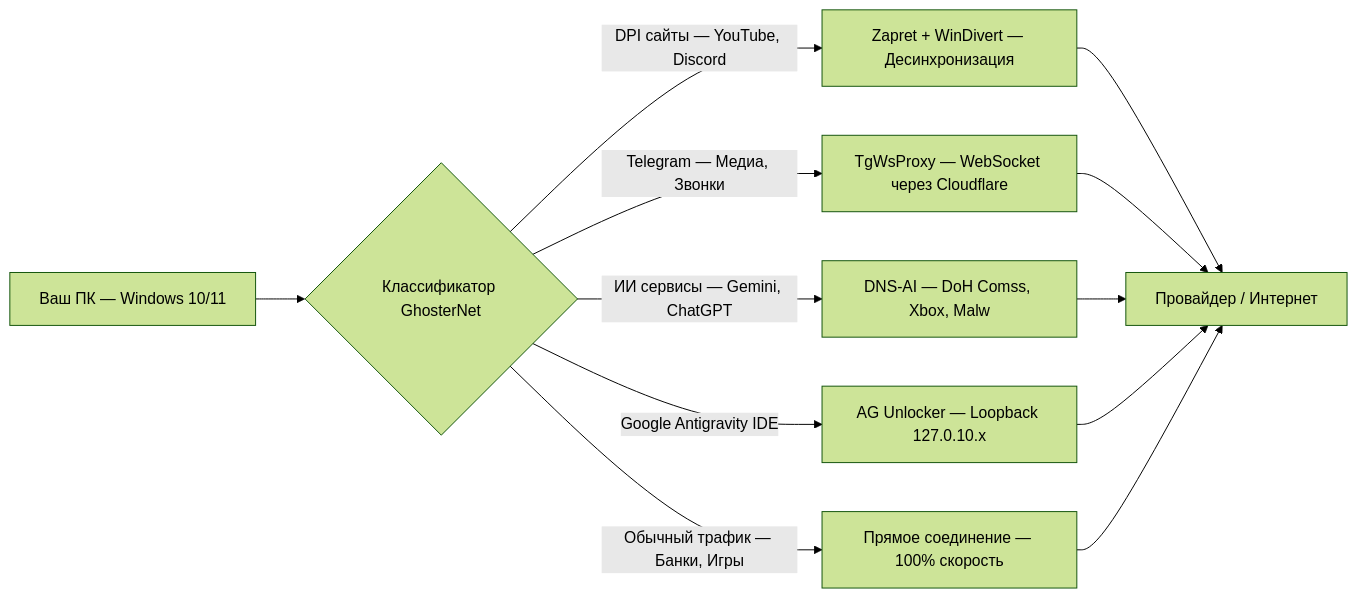
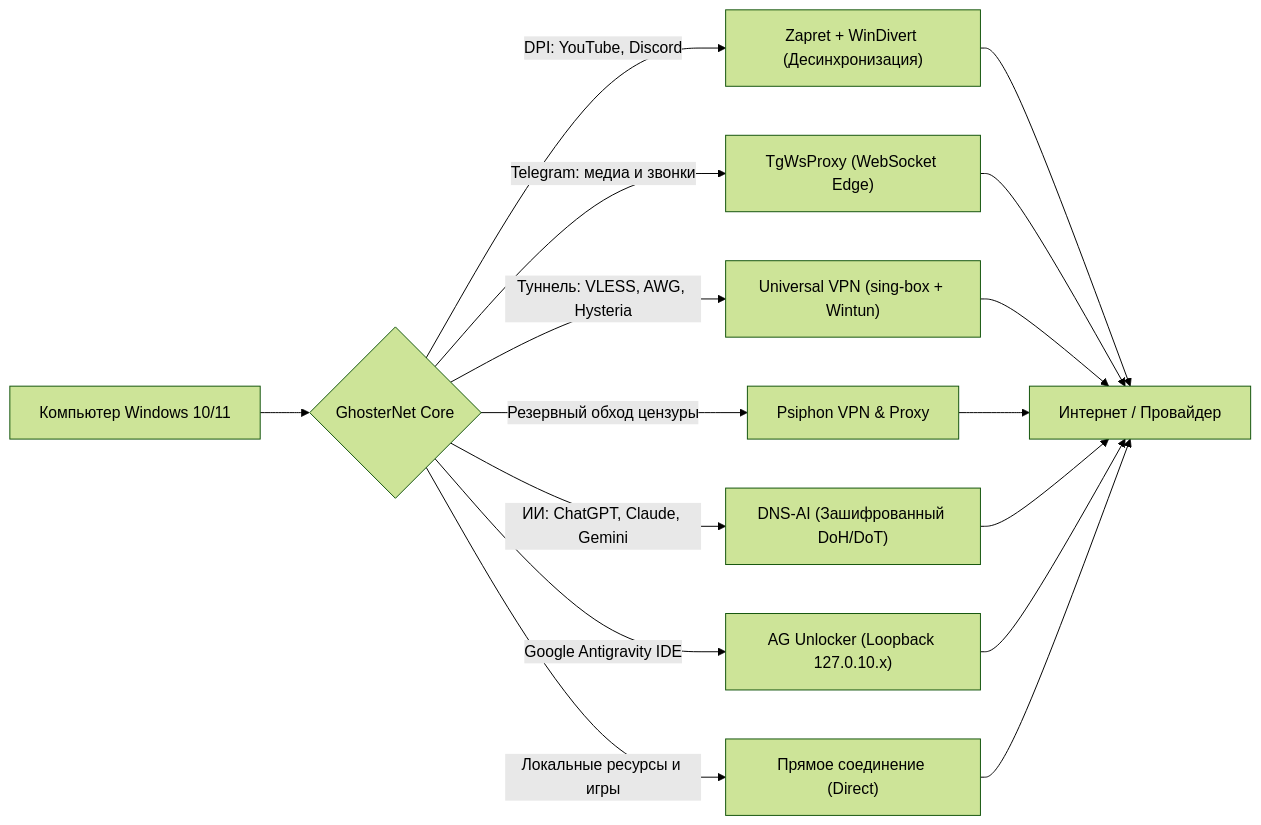
One commit to GhosterAI/GhosterNetApp changed the first of 3 diagrams in README.md. Above: the diagram before and after it, drawn with Mermaid (forest theme). The commit also changed other lines of this file, not shown here.

````diff
--- a/README.md
+++ b/README.md
@@ -72,15 +72,19 @@
 ```mermaid
 flowchart LR
-    A["Ваш ПК — Windows 10/11"] --> B{"Классификатор GhosterNet"}
-    B -->|"DPI сайты — YouTube, Discord"| C["Zapret + WinDivert — Десинхронизация"]
-    B -->|"Telegram — Медиа, Звонки"| D["TgWsProxy — WebSocket через Cloudflare"]
-    B -->|"ИИ сервисы — Gemini, ChatGPT"| E["DNS-AI — DoH Comss, Xbox, Malw"]
-    B -->|"Google Antigravity IDE"| F["AG Unlocker — Loopback 127.0.10.x"]
-    B -->|"Обычный трафик — Банки, Игры"| G["Прямое соединение — 100% скорость"]
+    A["Компьютер Windows 10/11"] --> B{"GhosterNet Core"}
+    B -->|"DPI: YouTube, Discord"| C["Zapret + WinDivert (Десинхронизация)"]
+    B -->|"Telegram: медиа и звонки"| D["TgWsProxy (WebSocket Edge)"]
+    B -->|"Туннель: VLESS, AWG, Hysteria"| E["Universal VPN (sing-box + Wintun)"]
+    B -->|"Резервный обход цензуры"| F["Psiphon VPN & Proxy"]
+    B -->|"ИИ: ChatGPT, Claude, Gemini"| G["DNS-AI (Зашифрованный DoH/DoT)"]
+    B -->|"Google Antigravity IDE"| H["AG Unlocker (Loopback 127.0.10.x)"]
+    B -->|"Локальные ресурсы и игры"| I["Прямое соединение (Direct)"]
 
-    C --> H["Провайдер / Интернет"]
-    D --> H
-    E --> H
-    F --> H
-    G --> H
+    C --> OUT["Интернет / Провайдер"]
+    D --> OUT
+    E --> OUT
+    F --> OUT
+    G --> OUT
+    H --> OUT
+    I --> OUT
 ```
````
